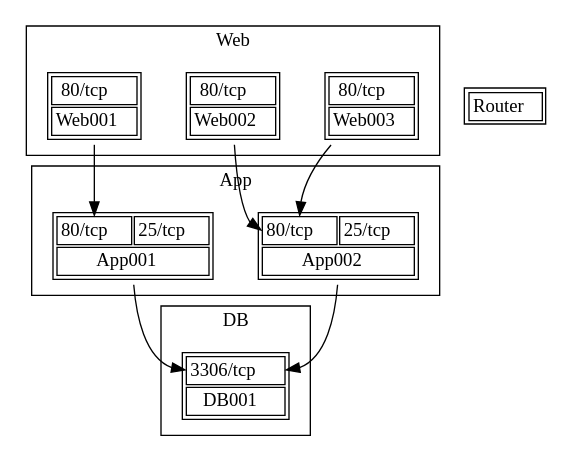
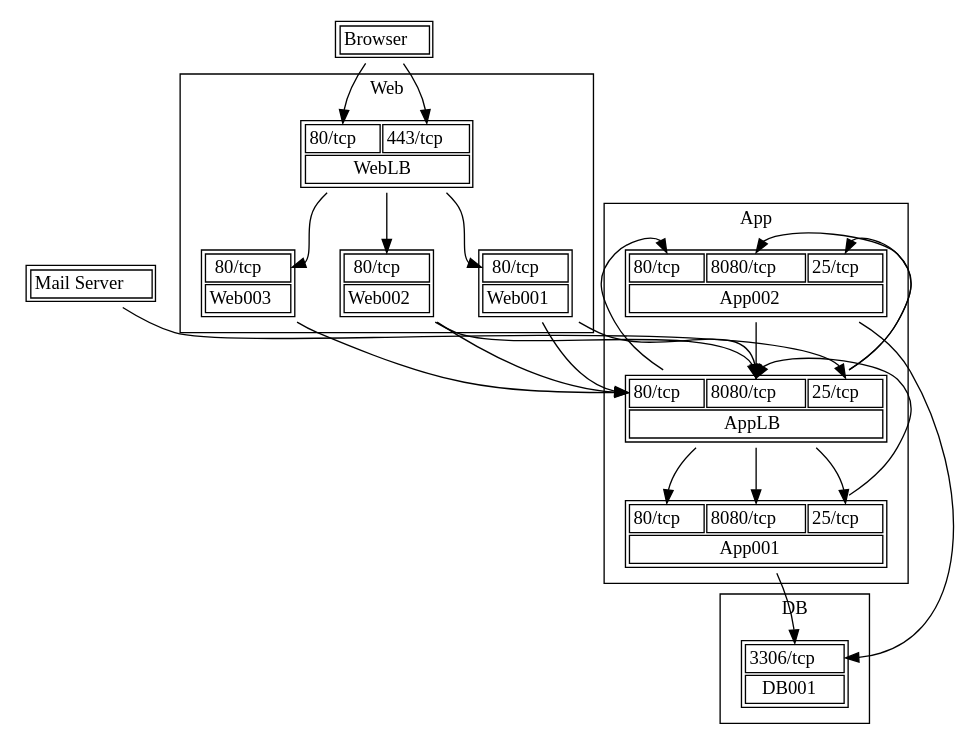
One commit to otahi/network_drawer changed the diagram in examples/simple.dot. Above: the diagram before and after it, drawn with Graphviz. The commit also changed 2 other files, not shown here.

```diff
--- a/examples/simple.dot
+++ b/examples/simple.dot
@@ -1,39 +1,66 @@
 digraph simple {
   subgraph cluster_Web {
     label="Web";
     1[label=<<table><tr><td port="p80tcp"> 80/tcp</td></tr><tr><td colspan="1">Web003</td></tr></table>>,shape="plaintext"];
   }
   subgraph cluster_Web {
     label="Web";
     2[label=<<table><tr><td port="p80tcp"> 80/tcp</td></tr><tr><td colspan="1">Web002</td></tr></table>>,shape="plaintext"];
   }
   subgraph cluster_Web {
     label="Web";
     3[label=<<table><tr><td port="p80tcp"> 80/tcp</td></tr><tr><td colspan="1">Web001</td></tr></table>>,shape="plaintext"];
   }
-  subgraph cluster_App {
-    label="App";
-    4[label=<<table><tr><td port="p80tcp"> 80/tcp</td><td port="p25tcp"> 25/tcp</td></tr><tr><td colspan="2">App002</td></tr></table>>,shape="plaintext"];
+  subgraph cluster_Web {
+    label="Web";
+    4[label=<<table><tr><td port="p80tcp"> 80/tcp</td><td port="p443tcp"> 443/tcp</td></tr><tr><td colspan="2">WebLB</td></tr></table>>,shape="plaintext"];
   }
   subgraph cluster_App {
     label="App";
-    5[label=<<table><tr><td port="p80tcp"> 80/tcp</td><td port="p25tcp"> 25/tcp</td></tr><tr><td colspan="2">App001</td></tr></table>>,shape="plaintext"];
+    5[label=<<table><tr><td port="p80tcp"> 80/tcp</td><td port="p8080tcp"> 8080/tcp</td><td port="p25tcp"> 25/tcp</td></tr><tr><td colspan="3">App002</td></tr></table>>,shape="plaintext"];
+  }
+  subgraph cluster_App {
+    label="App";
+    6[label=<<table><tr><td port="p80tcp"> 80/tcp</td><td port="p8080tcp"> 8080/tcp</td><td port="p25tcp"> 25/tcp</td></tr><tr><td colspan="3">App001</td></tr></table>>,shape="plaintext"];
+  }
+  subgraph cluster_App {
+    label="App";
+    7[label=<<table><tr><td port="p80tcp"> 80/tcp</td><td port="p8080tcp"> 8080/tcp</td><td port="p25tcp"> 25/tcp</td></tr><tr><td colspan="3">AppLB</td></tr></table>>,shape="plaintext"];
   }
   subgraph cluster_DB {
     label="DB";
-    6[label=<<table><tr><td port="p3306tcp"> 3306/tcp</td></tr><tr><td colspan="1">DB001</td></tr></table>>,shape="plaintext"];
+    8[label=<<table><tr><td port="p3306tcp"> 3306/tcp</td></tr><tr><td colspan="1">DB001</td></tr></table>>,shape="plaintext"];
   }
   rankdir="TB";
-  7[label=<<table><tr><td>Router</td></tr></table>>,shape="plaintext"];
+  9[label=<<table><tr><td>Mail Server</td></tr></table>>,shape="plaintext"];
+  10[label=<<table><tr><td>Browser</td></tr></table>>,shape="plaintext"];
+  4;
+  7;
   3;
-  5;
   2;
-  4;
   1;
   6;
-  3 -> 5:p80tcp;
-  2 -> 4:p80tcp;
-  1 -> 4:p80tcp;
-  5 -> 6:p3306tcp;
-  4 -> 6:p3306tcp;
+  5;
+  8;
+  10 -> 4:p80tcp;
+  10 -> 4:p443tcp;
+  9 -> 7:p25tcp;
+  4 -> 3:p80tcp;
+  4 -> 2:p80tcp;
+  4 -> 1:p80tcp;
+  3 -> 7:p80tcp;
+  2 -> 7:p80tcp;
+  3 -> 7:p8080tcp;
+  2 -> 7:p8080tcp;
+  1 -> 7:p80tcp;
+  6 -> 7:p8080tcp;
+  5 -> 7:p8080tcp;
+  7 -> 6:p25tcp;
+  7 -> 6:p80tcp;
+  7 -> 6:p8080tcp;
+  7 -> 5:p25tcp;
+  7 -> 5:p80tcp;
+  7 -> 5:p8080tcp;
+  6 -> 8:p3306tcp;
+  5 -> 8:p3306tcp;
 }
```
